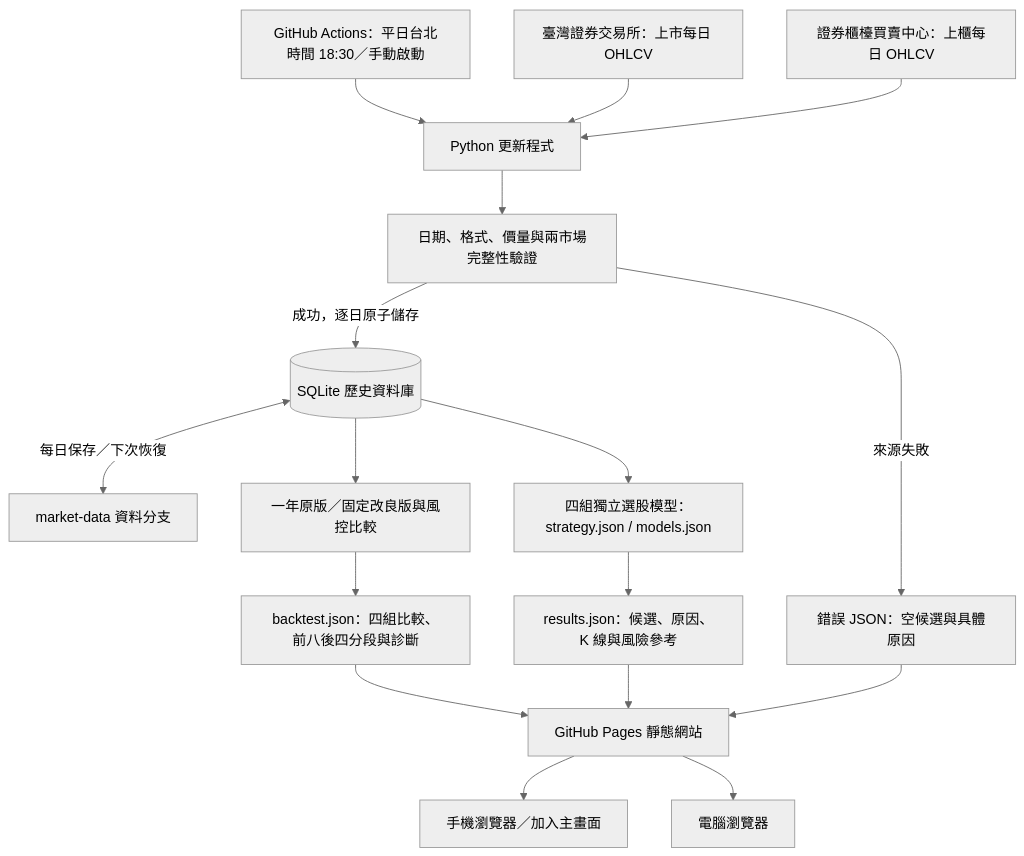
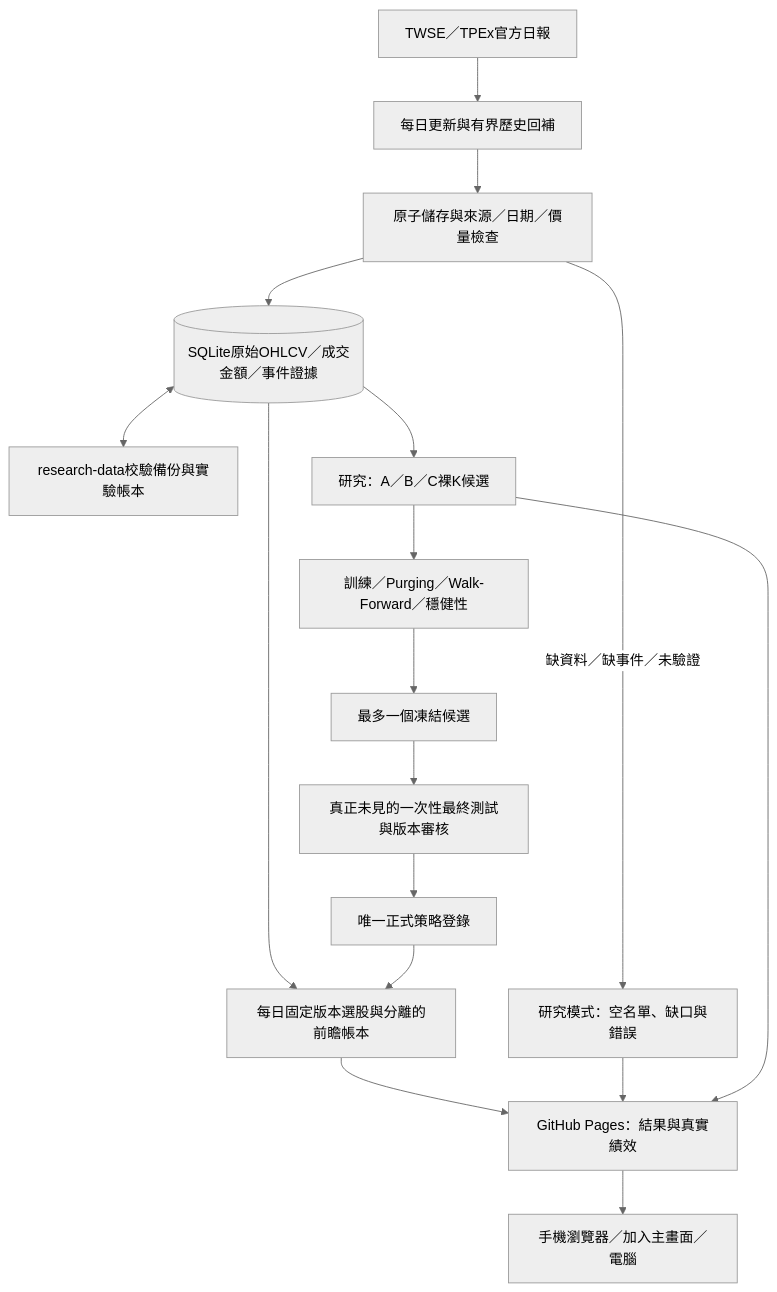
Before and after one commit to sy3dren-collab/taiwan-stock-screener: the diagram in docs/architecture.md, drawn with Mermaid (neutral theme). The commit also changed other lines of this file and 39 other files, not shown here.

````diff
--- a/docs/architecture.md
+++ b/docs/architecture.md
@@ -5,19 +5,19 @@
 ```mermaid
 flowchart TD
-    A[GitHub Actions：平日台北時間 18:30／手動啟動] --> B[Python 更新程式]
-    T[臺灣證券交易所：上市每日 OHLCV] --> B
-    O[證券櫃檯買賣中心：上櫃每日 OHLCV] --> B
-    B --> C[日期、格式、價量與兩市場完整性驗證]
-    C -->|成功，逐日原子儲存| D[(SQLite 歷史資料庫)]
-    D <-->|每日保存／下次恢復| E[market-data 資料分支]
-    D --> F[四組獨立選股模型：strategy.json / models.json]
-    D --> L[一年原版／固定改良版與風控比較]
-    L --> M[backtest.json：四組比較、前八後四分段與診斷]
-    M --> I
-    F --> G[results.json：候選、原因、K 線與風險參考]
-    C -->|來源失敗| H[錯誤 JSON：空候選與具體原因]
-    G --> I[GitHub Pages 靜態網站]
-    H --> I
-    I --> J[手機瀏覽器／加入主畫面]
-    I --> K[電腦瀏覽器]
+    T[TWSE／TPEx官方日報] --> U[每日更新與有界歷史回補]
+    U --> Q[原子儲存與來源／日期／價量檢查]
+    Q --> D[(SQLite原始OHLCV／成交金額／事件證據)]
+    D <--> B[research-data校驗備份與實驗帳本]
+    D --> R[研究：A／B／C裸K候選]
+    R --> W[訓練／Purging／Walk-Forward／穩健性]
+    W --> F[最多一個凍結候選]
+    F --> V[真正未見的一次性最終測試與版本審核]
+    V --> S[唯一正式策略登錄]
+    D --> E[每日固定版本選股與分離的前瞻帳本]
+    S --> E
+    Q -->|缺資料／缺事件／未驗證| N[研究模式：空名單、缺口與錯誤]
+    E --> P[GitHub Pages：結果與真實績效]
+    N --> P
+    R --> P
+    P --> M[手機瀏覽器／加入主畫面／電腦]
 ```
````
